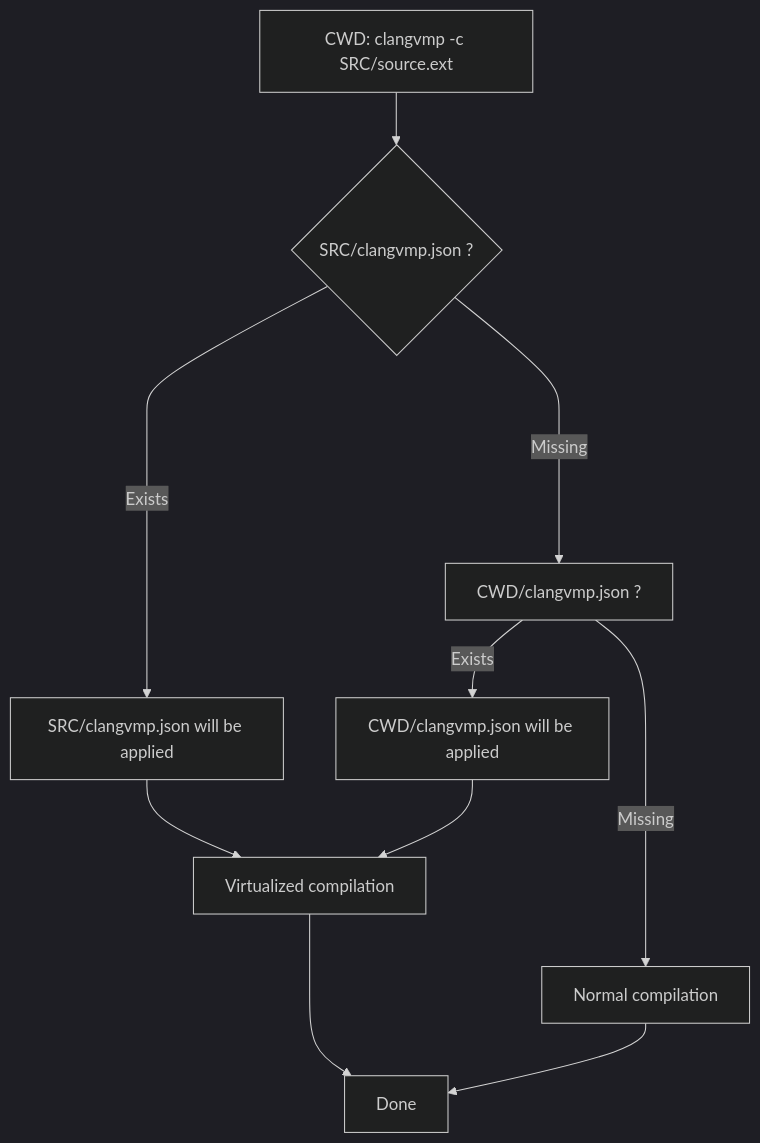
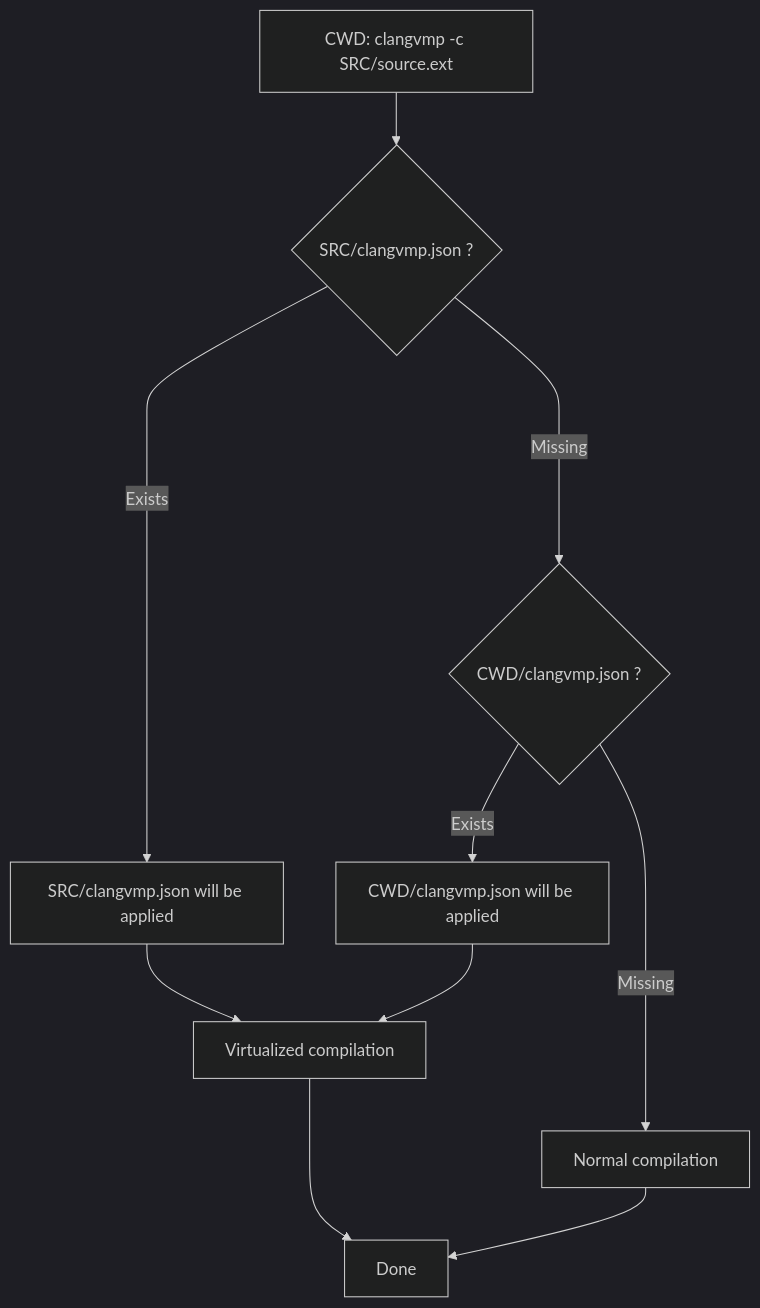
The diagram in ultimatevmp/clangvmp.json.md (vpand/imgres), drawn with Mermaid (dark theme) before and after one commit. The commit also changed 1 other file, not shown here.

Commit message:
apply conditional shape.

````diff
--- a/ultimatevmp/clangvmp.json.md
+++ b/ultimatevmp/clangvmp.json.md
@@ -1,12 +1,12 @@
 ```mermaid
 flowchart TD
     A[CWD: clangvmp -c SRC/source.ext] --> B{SRC/clangvmp.json ?}
     B -->|Exists| C[SRC/clangvmp.json will be applied]
     C --> D[Virtualized compilation]
     D --> E[Done]
-    B ---->|Missing| F[CWD/clangvmp.json ?]
+    B ---->|Missing| F{CWD/clangvmp.json ?}
     F -->|Exists| G[CWD/clangvmp.json will be applied]
     F ---->|Missing| H[Normal compilation]
     G --> D
     H --> E
 ```
````
